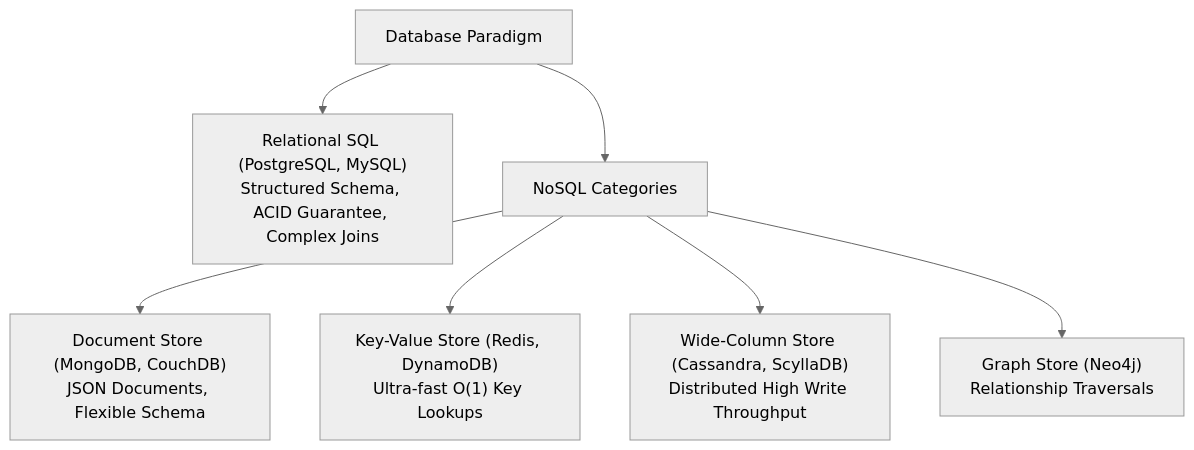
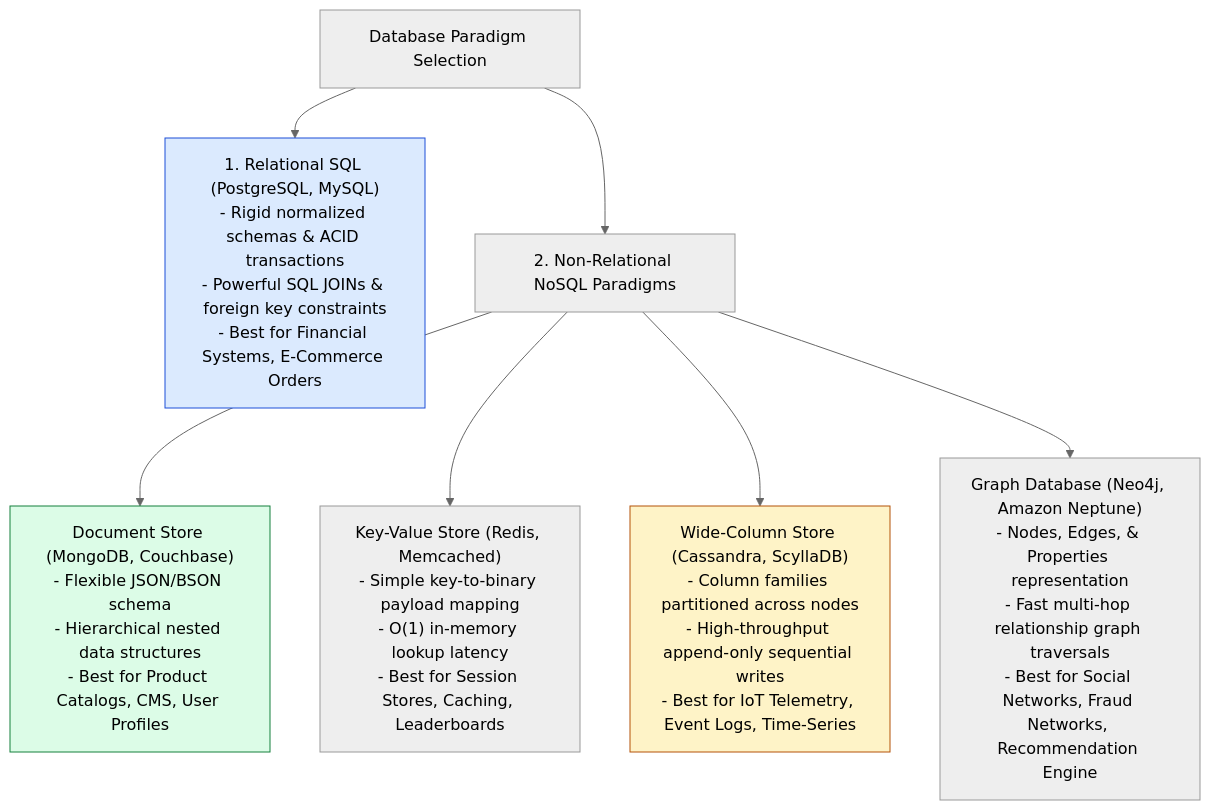
Before and after one commit to Amie-dev/engineering-playbook: the first of 3 diagrams in system-design-notes/12-sql-vs-nosql-deep-dive.md, drawn with Mermaid (neutral theme). The commit also changed other lines of this file and 33 other files, not shown here.

````diff
--- a/system-design-notes/12-sql-vs-nosql-deep-dive.md
+++ b/system-design-notes/12-sql-vs-nosql-deep-dive.md
@@ -10,10 +13,18 @@
 ```mermaid
-graph TD
-    DB[Database Paradigm] --> SQL["Relational SQL (PostgreSQL, MySQL)<br/>Structured Schema, ACID Guarantee, Complex Joins"]
-    DB --> NoSQL[NoSQL Categories]
+flowchart TD
+    DB[Database Paradigm Selection] --> SQL["1. Relational SQL (PostgreSQL, MySQL)<br/>- Rigid normalized schemas & ACID transactions<br/>- Powerful SQL JOINs & foreign key constraints<br/>- Best for Financial Systems, E-Commerce Orders"]
+    
+    DB --> NoSQL[2. Non-Relational NoSQL Paradigms]
+    
+    NoSQL --> Document["Document Store (MongoDB, Couchbase)<br/>- Flexible JSON/BSON schema<br/>- Hierarchical nested data structures<br/>- Best for Product Catalogs, CMS, User Profiles"]
 
-    NoSQL --> Document["Document Store (MongoDB, CouchDB)<br/>JSON Documents, Flexible Schema"]
-    NoSQL --> KeyVal["Key-Value Store (Redis, DynamoDB)<br/>Ultra-fast O(1) Key Lookups"]
-    NoSQL --> WideColumn["Wide-Column Store (Cassandra, ScyllaDB)<br/>Distributed High Write Throughput"]
-    NoSQL --> Graph["Graph Store (Neo4j)<br/>Relationship Traversals"]
+    NoSQL --> KeyVal["Key-Value Store (Redis, Memcached)<br/>- Simple key-to-binary payload mapping<br/>- O(1) in-memory lookup latency<br/>- Best for Session Stores, Caching, Leaderboards"]
+
+    NoSQL --> WideColumn["Wide-Column Store (Cassandra, ScyllaDB)<br/>- Column families partitioned across nodes<br/>- High-throughput append-only sequential writes<br/>- Best for IoT Telemetry, Event Logs, Time-Series"]
+
+    NoSQL --> Graph["Graph Database (Neo4j, Amazon Neptune)<br/>- Nodes, Edges, & Properties representation<br/>- Fast multi-hop relationship graph traversals<br/>- Best for Social Networks, Fraud Networks, Recommendation Engine"]
+
+    style SQL fill:#dbeafe,stroke:#1d4ed8
+    style Document fill:#dcfce7,stroke:#15803d
+    style WideColumn fill:#fef3c7,stroke:#b45309
 ```
````
